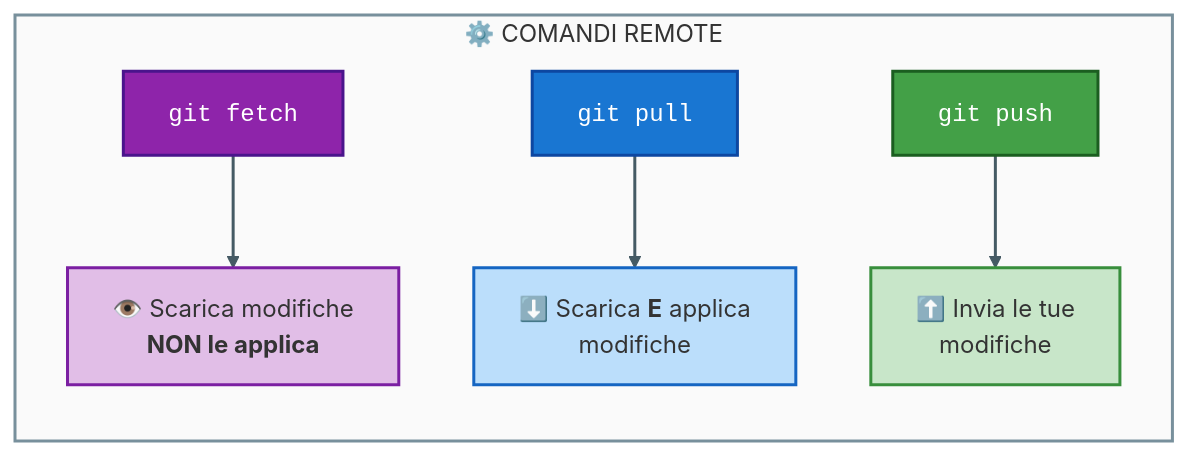
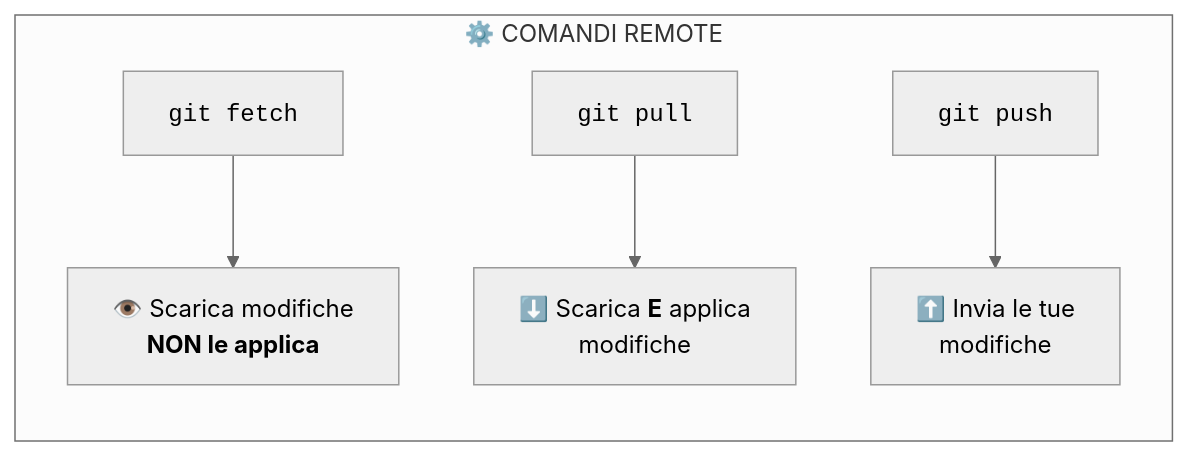
One commit to DaveFV91/GitCourse changed the first of 9 diagrams in 02-esercitazioni/03-remote-operations/guida.md. Above: the diagram before and after it, drawn with Mermaid (neutral theme). The commit also changed other lines of this file and 1 other file, not shown here.

Commit message:
docs(teoria): aggiunti link alla documentazione e rivisti alcuni grafici

````diff
--- a/02-esercitazioni/03-remote-operations/guida.md
+++ b/02-esercitazioni/03-remote-operations/guida.md
@@ -40,19 +12,9 @@
 ```mermaid
 flowchart LR
     subgraph COMMANDS[" ⚙️ COMANDI REMOTE "]
         direction TB
         A["<code>git fetch</code>"] --> B["👁️ Scarica modifiche<br/><b>NON le applica</b>"]
         C["<code>git pull</code>"] --> D["⬇️ Scarica <b>E</b> applica<br/>modifiche"]
         E["<code>git push</code>"] --> F["⬆️ Invia le tue<br/>modifiche"]
     end
-    
-    style COMMANDS fill:#FAFAFA,stroke:#78909C,stroke-width:2px
-    style A fill:#8E24AA,stroke:#4A148C,stroke-width:2px,color:#fff
-    style B fill:#E1BEE7,stroke:#7B1FA2,stroke-width:2px,color:#333
-    style C fill:#1976D2,stroke:#0D47A1,stroke-width:2px,color:#fff
-    style D fill:#BBDEFB,stroke:#1565C2,stroke-width:2px,color:#333
-    style E fill:#43A047,stroke:#1B5E20,stroke-width:2px,color:#fff
-    style F fill:#C8E6C9,stroke:#388E3C,stroke-width:2px,color:#333
-    
-    linkStyle default stroke:#455A64,stroke-width:2px
 ```
````
